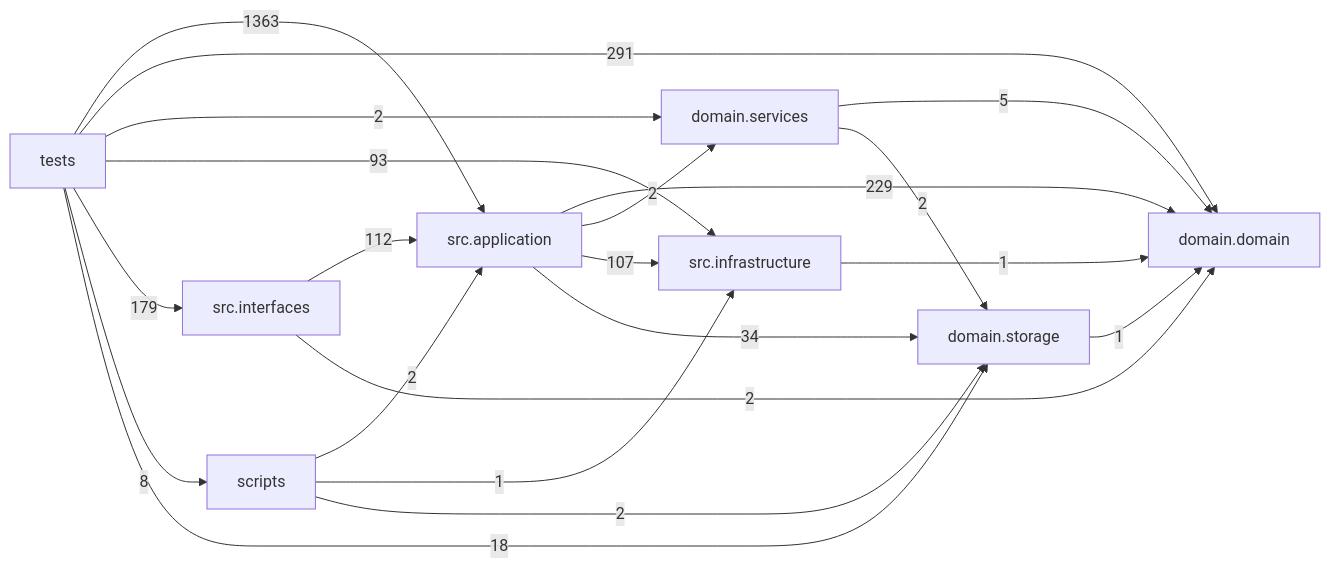
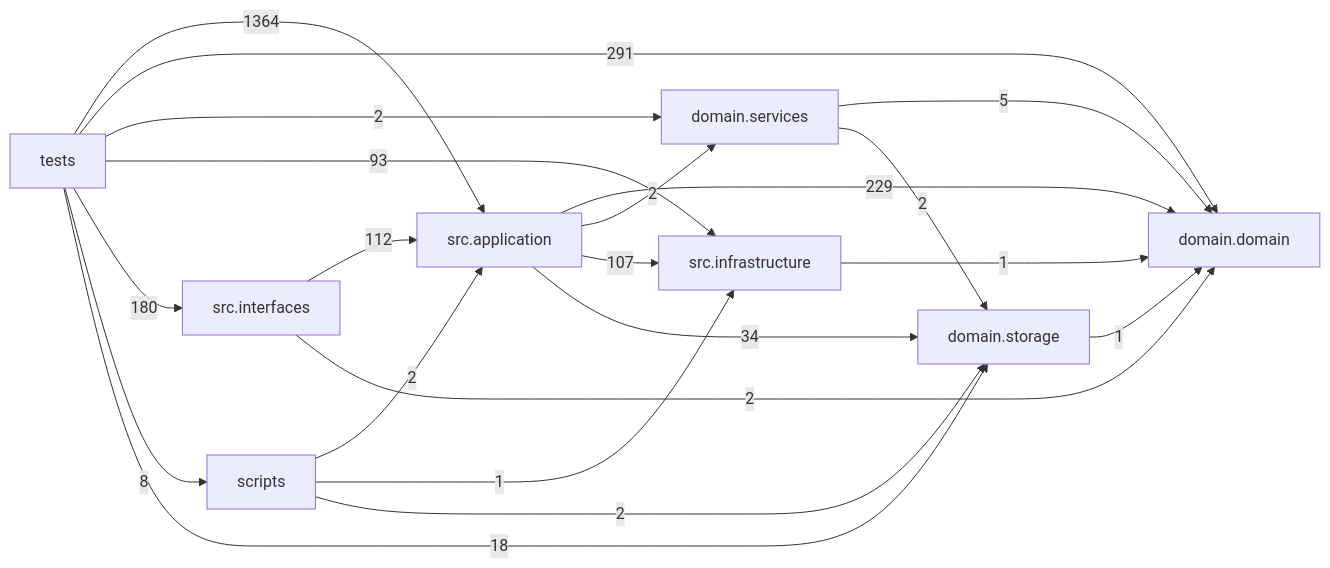
Before and after one commit to liuxie066/options-monitor: the diagram in docs/DEPENDENCY_GRAPH.md, drawn with Mermaid. The commit also changed other lines of this file, not shown here.

Commit message:
docs: refresh dependency graph for release

````diff
--- a/docs/DEPENDENCY_GRAPH.md
+++ b/docs/DEPENDENCY_GRAPH.md
@@ -24,31 +24,31 @@
 ```mermaid
 flowchart LR
   tests["tests"]
   scripts["scripts"]
   interfaces["src.interfaces"]
   application["src.application"]
   infrastructure["src.infrastructure"]
   domain_services["domain.services"]
   domain["domain.domain"]
   storage["domain.storage"]
   application -->|229| domain
   application -->|2| domain_services
   application -->|107| infrastructure
   application -->|34| storage
   domain_services -->|5| domain
   domain_services -->|2| storage
   infrastructure -->|1| domain
   interfaces -->|112| application
   interfaces -->|2| domain
   scripts -->|2| application
   scripts -->|1| infrastructure
   scripts -->|2| storage
   storage -->|1| domain
-  tests -->|1363| application
+  tests -->|1364| application
   tests -->|291| domain
   tests -->|2| domain_services
   tests -->|93| infrastructure
-  tests -->|179| interfaces
+  tests -->|180| interfaces
   tests -->|8| scripts
   tests -->|18| storage
 ```
````
